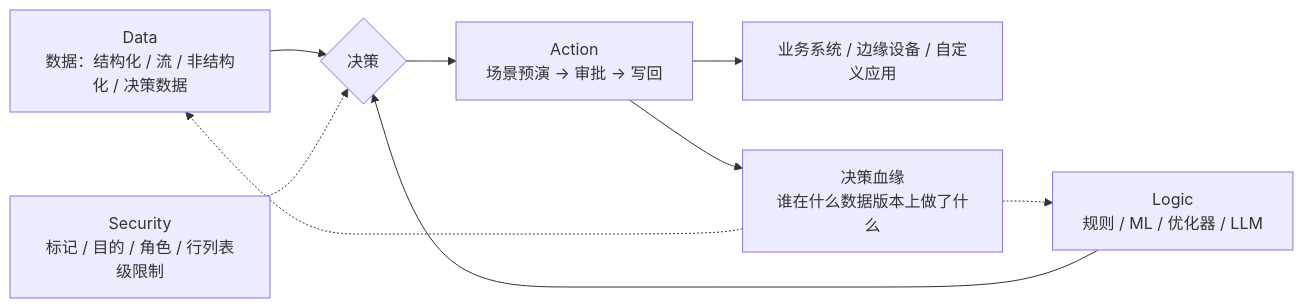
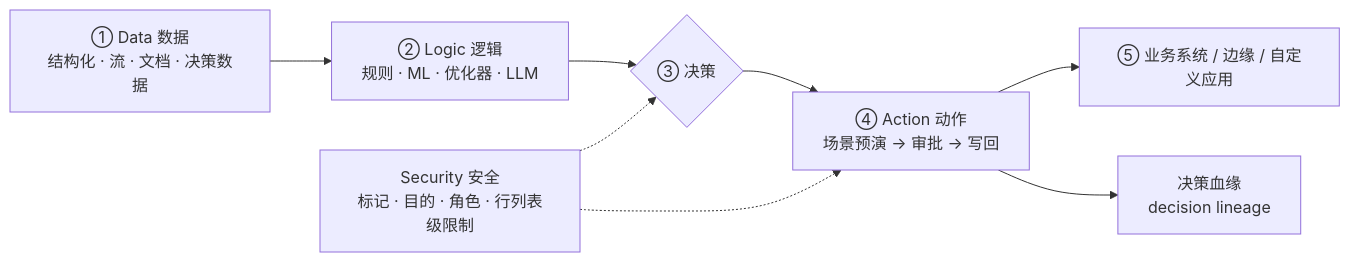
Before and after one commit to wuhy80/wuhy-notes: the fourth of 4 diagrams in Ontology/00-总览/Palantir Ontology 架构图与界面截图.md, drawn with Mermaid. The commit also changed other lines of this file, not shown here.

Commit message:
Ontology: 决策闭环图改为线性链路布局，Security 以虚线贯穿，可读性更好

````diff
--- a/Ontology/00-总览/Palantir Ontology 架构图与界面截图.md
+++ b/Ontology/00-总览/Palantir Ontology 架构图与界面截图.md
@@ -209,11 +209,10 @@
 ```mermaid
 flowchart LR
-    DATA["Data<br/>数据：结构化 / 流 / 非结构化 / 决策数据"] --> DEC{"决策"}
-    LOGIC["Logic<br/>规则 / ML / 优化器 / LLM"] --> DEC
-    SEC["Security<br/>标记 / 目的 / 角色 / 行列表级限制"] -.-> DEC
-    DEC --> ACT["Action<br/>场景预演 → 审批 → 写回"]
-    ACT --> SYS["业务系统 / 边缘设备 / 自定义应用"]
-    ACT --> LINEAGE["决策血缘<br/>谁在什么数据版本上做了什么"]
-    LINEAGE -.-> DATA
-    LINEAGE -.-> LOGIC
+    D["① Data 数据<br/>结构化 · 流 · 文档 · 决策数据"] --> G["② Logic 逻辑<br/>规则 · ML · 优化器 · LLM"]
+    G --> C{"③ 决策"}
+    C --> A["④ Action 动作<br/>场景预演 → 审批 → 写回"]
+    A --> S["⑤ 业务系统 / 边缘 / 自定义应用"]
+    A --> L["决策血缘<br/>decision lineage"]
+    SEC["Security 安全<br/>标记 · 目的 · 角色 · 行列表级限制"] -.-> C
+    SEC -.-> A
 ```
````
